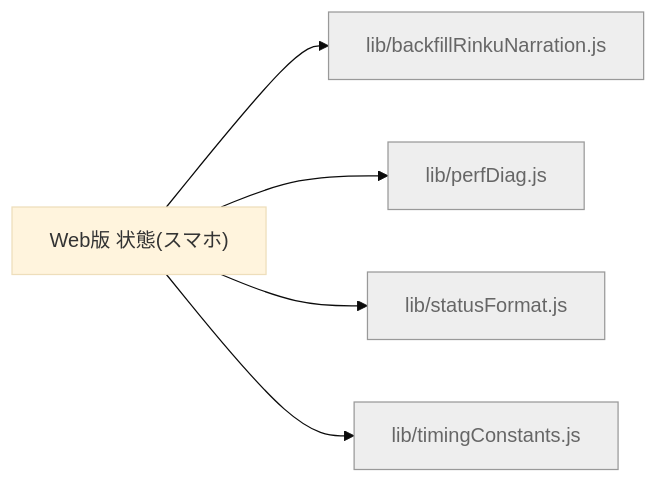
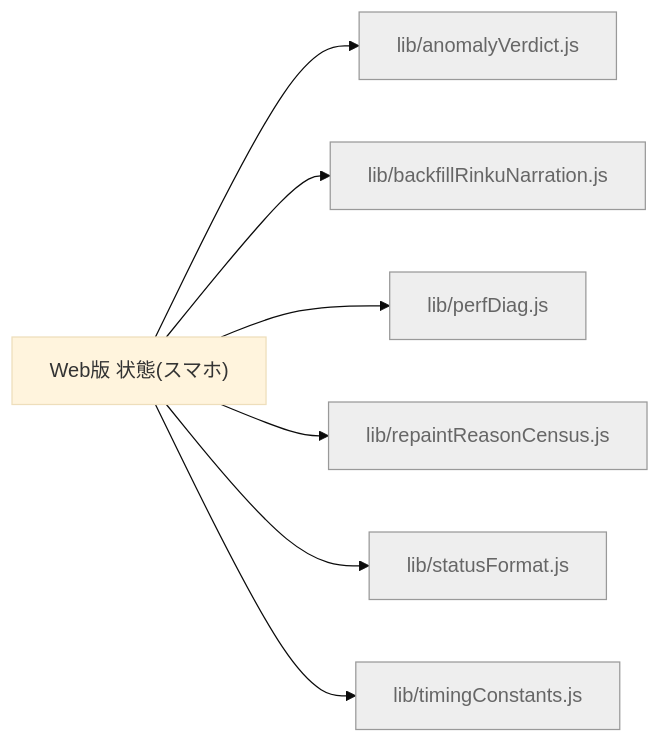
One commit to kimito-link/tsuioku-no-kirameki.com changed the diagram in docs/feature-map/web-status.md. Above: the diagram before and after it, drawn with Mermaid (base theme). The commit also changed 29 other files, not shown here.

````diff
--- a/docs/feature-map/web-status.md
+++ b/docs/feature-map/web-status.md
@@ -13,9 +13,11 @@
 ```mermaid
 graph LR
   n_web_status["Web版 状態(スマホ)"]
+  n_web_status --> n_src_lib_anomalyVerdict_js["lib/anomalyVerdict.js"]:::shared
   n_web_status --> n_src_lib_backfillRinkuNarration_js["lib/backfillRinkuNarration.js"]:::shared
   n_web_status --> n_src_lib_perfDiag_js["lib/perfDiag.js"]:::shared
+  n_web_status --> n_src_lib_repaintReasonCensus_js["lib/repaintReasonCensus.js"]:::shared
   n_web_status --> n_src_lib_statusFormat_js["lib/statusFormat.js"]:::shared
   n_web_status --> n_src_lib_timingConstants_js["lib/timingConstants.js"]:::shared
   classDef shared fill:#eee,stroke:#999,color:#666;
 ```
````
